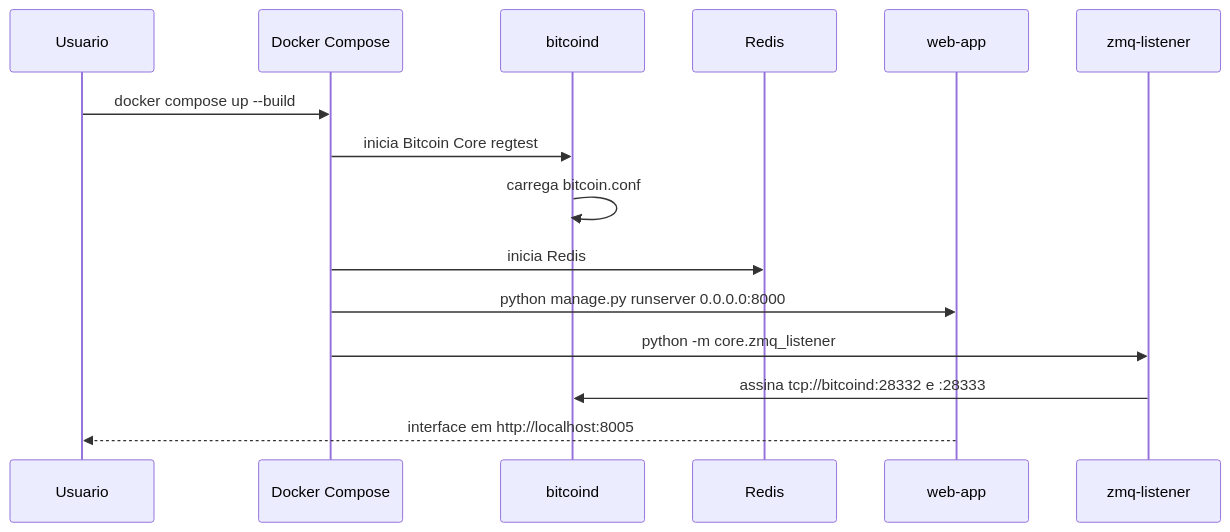
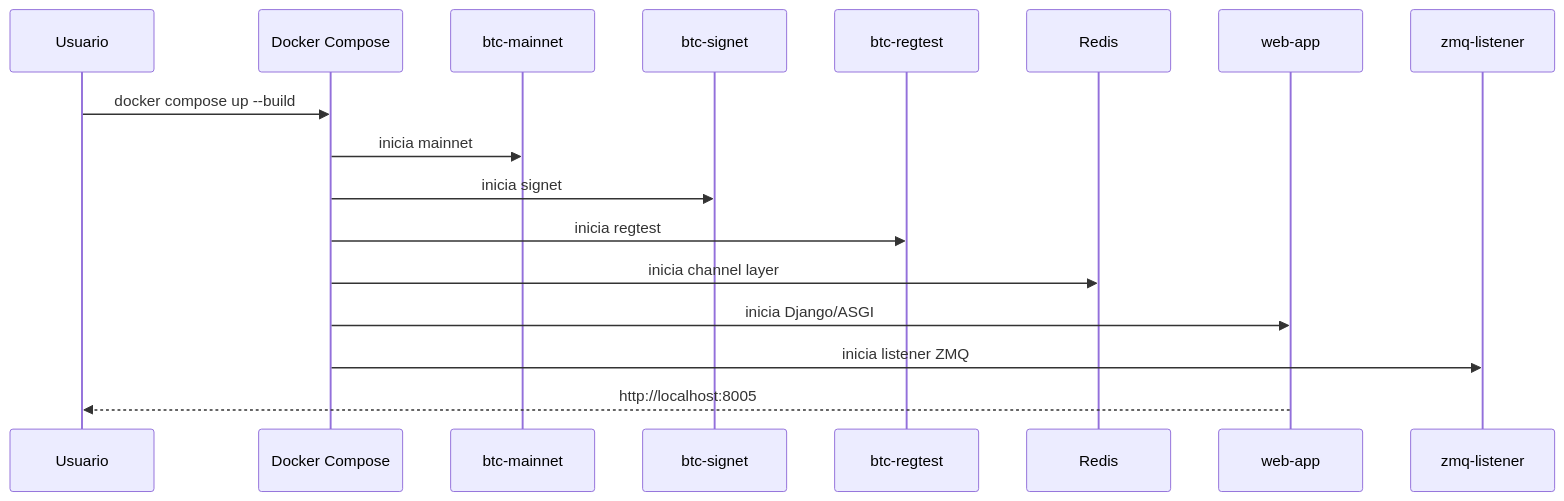
The first of 3 diagrams in docs/fluxos.md (lyonpamplona/coreCraft_labs), drawn with Mermaid before and after one commit. The commit also changed other lines of this file and 26 other files, not shown here.

Commit message:
btc regtest

````diff
--- a/docs/fluxos.md
+++ b/docs/fluxos.md
@@ -5,18 +5,20 @@
 ```mermaid
 sequenceDiagram
     participant User as Usuario
     participant Compose as Docker Compose
-    participant BTC as bitcoind
+    participant Main as btc-mainnet
+    participant Sig as btc-signet
+    participant Reg as btc-regtest
     participant Redis as Redis
     participant Web as web-app
     participant ZMQ as zmq-listener
 
     User->>Compose: docker compose up --build
-    Compose->>BTC: inicia Bitcoin Core regtest
-    BTC->>BTC: carrega bitcoin.conf
-    Compose->>Redis: inicia Redis
-    Compose->>Web: python manage.py runserver 0.0.0.0:8000
-    Compose->>ZMQ: python -m core.zmq_listener
-    ZMQ->>BTC: assina tcp://bitcoind:28332 e :28333
-    Web-->>User: interface em http://localhost:8005
+    Compose->>Main: inicia mainnet
+    Compose->>Sig: inicia signet
+    Compose->>Reg: inicia regtest
+    Compose->>Redis: inicia channel layer
+    Compose->>Web: inicia Django/ASGI
+    Compose->>ZMQ: inicia listener ZMQ
+    Web-->>User: http://localhost:8005
 ```
````
